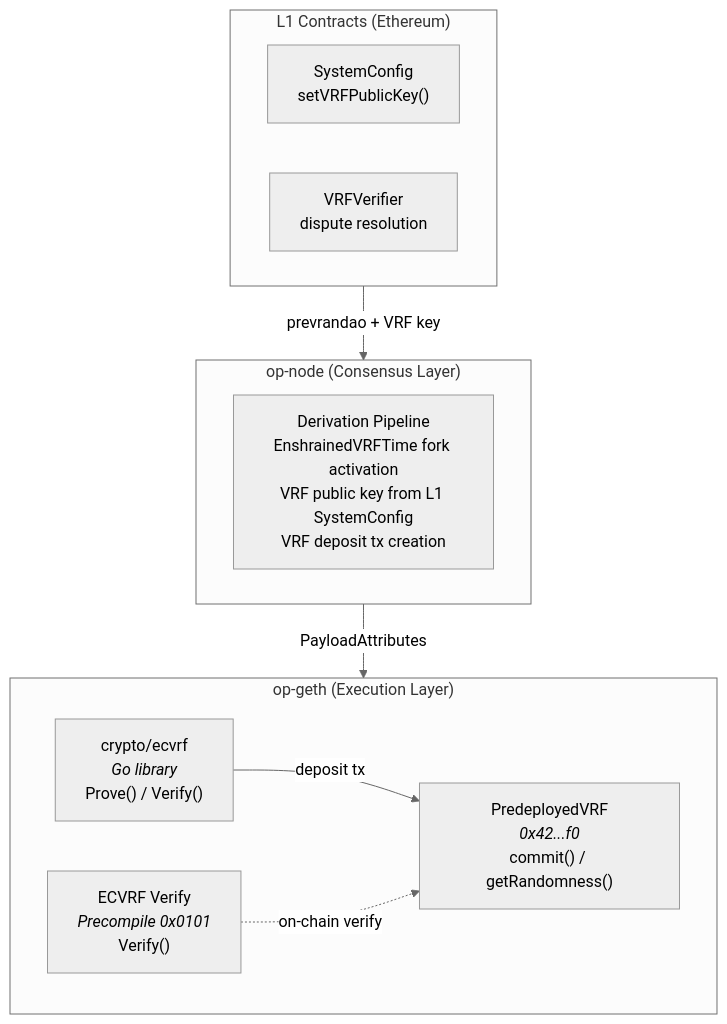
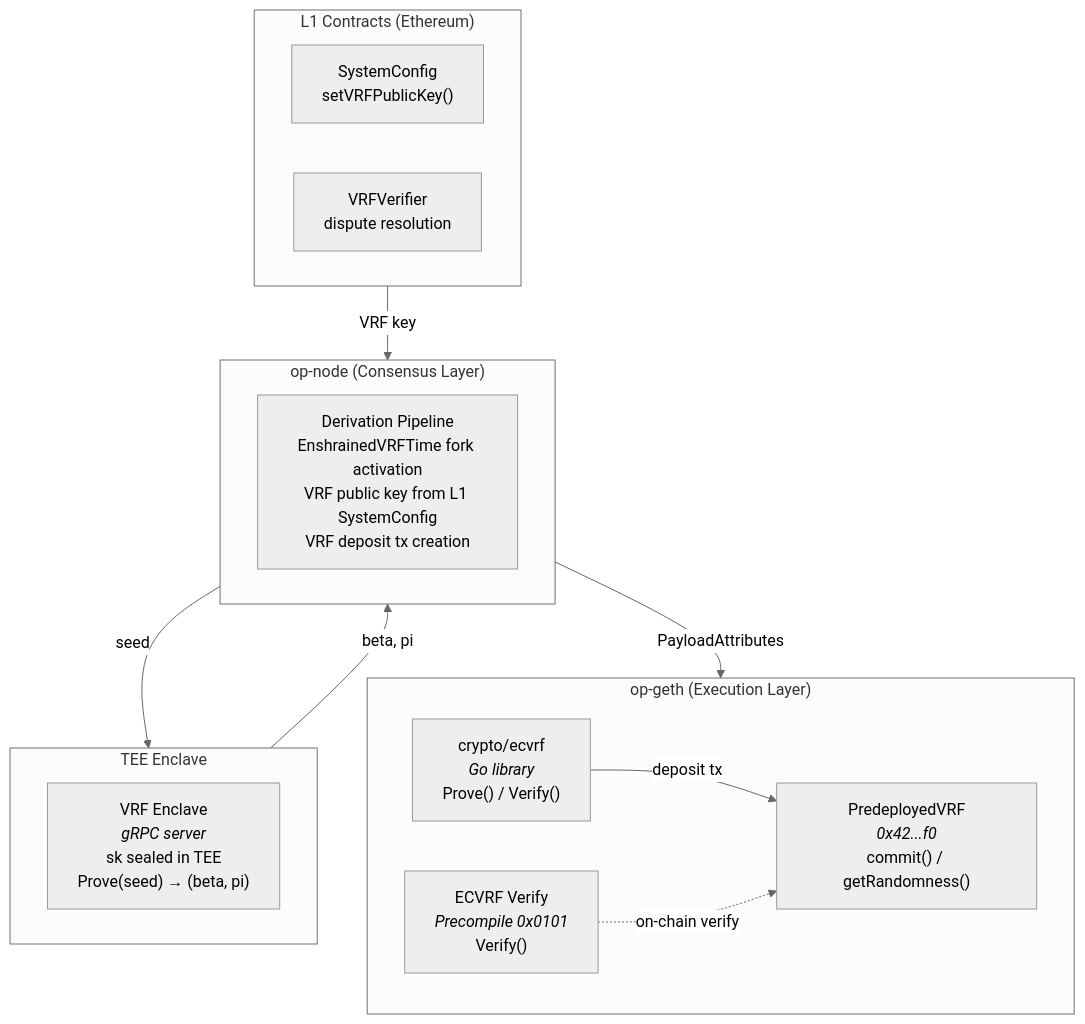
One commit to tokamak-network/enshrined-vrf changed the diagram in README.md. Above: the diagram before and after it, drawn with Mermaid (neutral theme). The commit also changed other lines of this file, not shown here.

First line of the commit message:
docs: update README to reflect TEE-based security model

````diff
--- a/README.md
+++ b/README.md
@@ -51,22 +48,28 @@
 ```mermaid
 graph TB
     subgraph op-geth["op-geth (Execution Layer)"]
         ecvrf["crypto/ecvrf<br/><i>Go library</i><br/>Prove() / Verify()"]
         predeploy["PredeployedVRF<br/><i>0x42...f0</i><br/>commit() / getRandomness()"]
         precompile["ECVRF Verify<br/><i>Precompile 0x0101</i><br/>Verify()"]
         ecvrf -->|"deposit tx"| predeploy
         precompile -.->|"on-chain verify"| predeploy
+    end
+
+    subgraph vrf-enclave["TEE Enclave"]
+        enclave["VRF Enclave<br/><i>gRPC server</i><br/>sk sealed in TEE<br/>Prove(seed) → (beta, pi)"]
     end
 
     subgraph op-node["op-node (Consensus Layer)"]
         derivation["Derivation Pipeline<br/>EnshrainedVRFTime fork activation<br/>VRF public key from L1 SystemConfig<br/>VRF deposit tx creation"]
     end
 
     subgraph l1["L1 Contracts (Ethereum)"]
         sysconfig["SystemConfig<br/>setVRFPublicKey()"]
         verifier["VRFVerifier<br/>dispute resolution"]
     end
 
-    l1 -->|"prevrandao + VRF key"| op-node
+    l1 -->|"VRF key"| op-node
+    op-node -->|"seed"| vrf-enclave
+    vrf-enclave -->|"beta, pi"| op-node
     op-node -->|"PayloadAttributes"| op-geth
 ```
````
